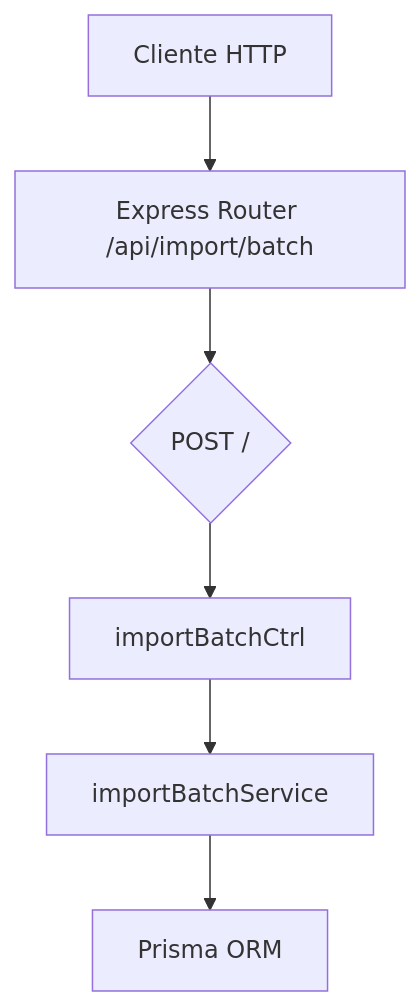
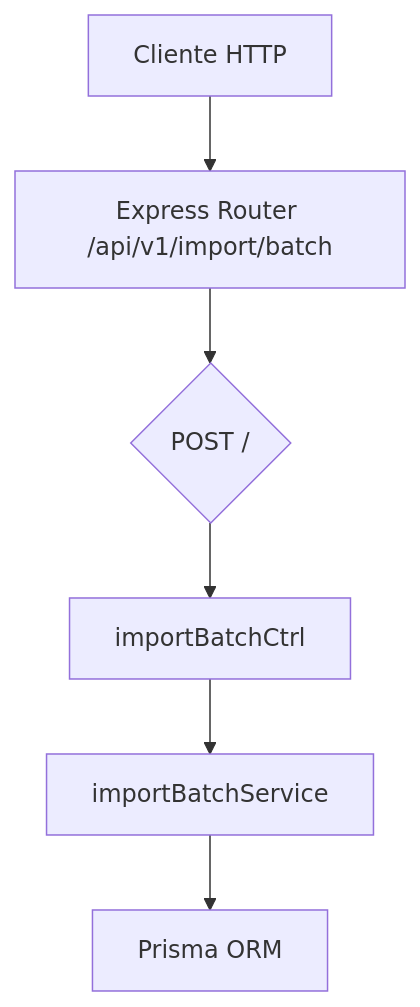
One commit to Syntel-Labs/study-task-insights changed the diagram in docs/code/server/routes/batchImportRoutes.md. Above: the diagram before and after it, drawn with Mermaid. The commit also changed other lines of this file and 29 other files, not shown here.

````diff
--- a/docs/code/server/routes/batchImportRoutes.md
+++ b/docs/code/server/routes/batchImportRoutes.md
@@ -14,8 +14,8 @@
 ```mermaid
 flowchart TD
-  A[Cliente HTTP] --> B[Express Router /api/import/batch]
+  A[Cliente HTTP] --> B[Express Router /api/v1/import/batch]
   B --> C{POST /}
   C --> D[importBatchCtrl]
   D --> E[importBatchService]
   E --> F[Prisma ORM]
 ```
````
